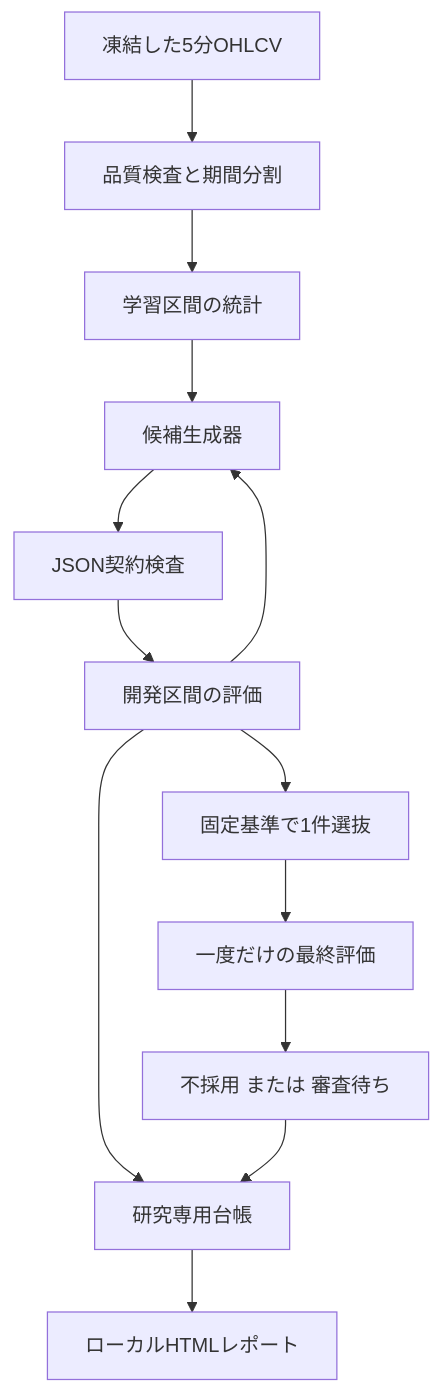
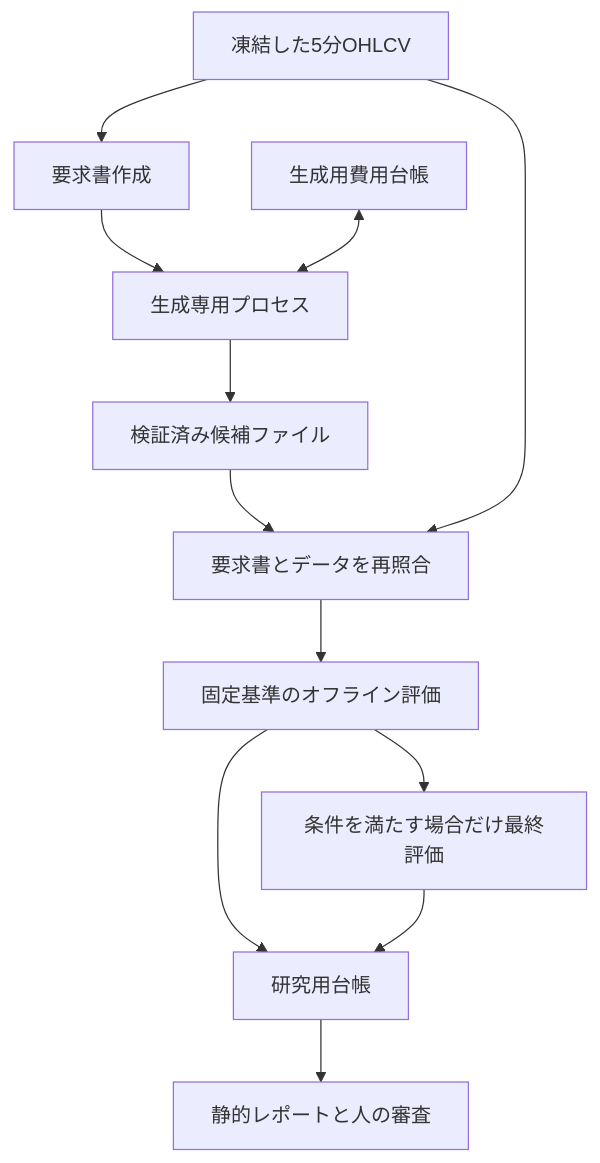
The diagram in docs/ai-self-improvement/TECHNICAL_DESIGN.md (OPP-studio-macchino/coincheck-ai-paperbot), drawn with Mermaid before and after one commit. The commit also changed other lines of this file and 31 other files, not shown here.

````diff
--- a/docs/ai-self-improvement/TECHNICAL_DESIGN.md
+++ b/docs/ai-self-improvement/TECHNICAL_DESIGN.md
@@ -8,15 +10,14 @@
 ```mermaid
 flowchart TD
-    D[凍結した5分OHLCV] --> V[品質検査と期間分割]
-    V --> T[学習区間の統計]
-    T --> G[候補生成器]
-    G --> C[JSON契約検査]
-    C --> E[開発区間の評価]
-    E --> G
-    E --> S[固定基準で1件選抜]
-    S --> H[一度だけの最終評価]
-    H --> R[不採用 または 審査待ち]
-    E --> L[研究専用台帳]
-    R --> L
-    L --> U[ローカルHTMLレポート]
+    D[凍結した5分OHLCV] --> P[要求書作成]
+    P --> G[生成専用プロセス]
+    B[生成用費用台帳] <--> G
+    G --> F[検証済み候補ファイル]
+    F --> V[要求書とデータを再照合]
+    D --> V
+    V --> E[固定基準のオフライン評価]
+    E --> H[条件を満たす場合だけ最終評価]
+    E --> L[研究用台帳]
+    H --> L
+    L --> R[静的レポートと人の審査]
 ```
````
